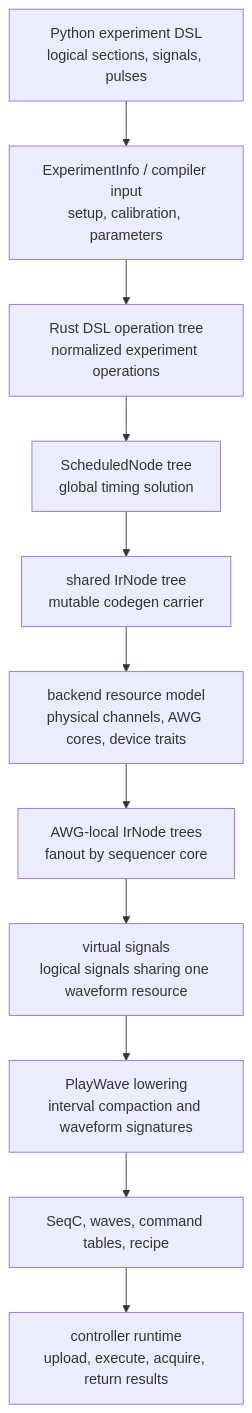
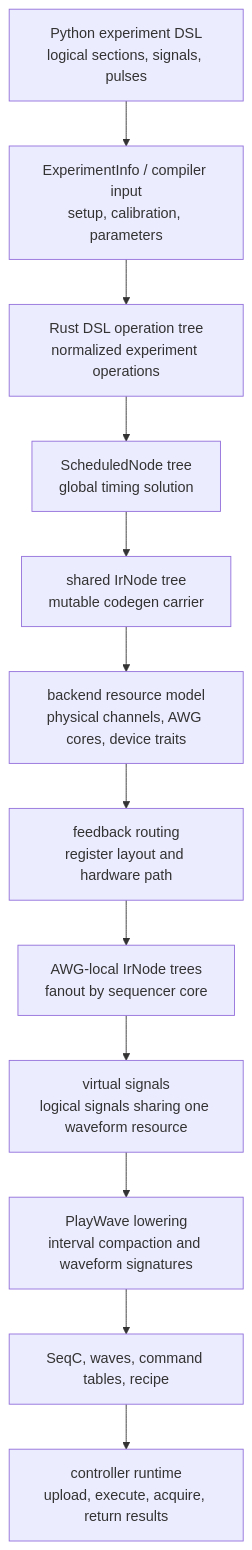
The diagram in docs/index.md (brianzi/laboneq-devguide), drawn with Mermaid before and after one commit. The commit also changed other lines of this file and 3 other files, not shown here.

````diff
--- a/docs/index.md
+++ b/docs/index.md
@@ -7,13 +7,14 @@
 ```mermaid
 graph TD
     A[Python experiment DSL\nlogical sections, signals, pulses] --> B[ExperimentInfo / compiler input\nsetup, calibration, parameters]
     B --> C[Rust DSL operation tree\nnormalized experiment operations]
     C --> D[ScheduledNode tree\nglobal timing solution]
     D --> E[shared IrNode tree\nmutable codegen carrier]
     E --> F[backend resource model\nphysical channels, AWG cores, device traits]
-    F --> G[AWG-local IrNode trees\nfanout by sequencer core]
+    F --> FB[feedback routing\nregister layout and hardware path]
+    FB --> G[AWG-local IrNode trees\nfanout by sequencer core]
     G --> H[virtual signals\nlogical signals sharing one waveform resource]
     H --> I[PlayWave lowering\ninterval compaction and waveform signatures]
     I --> J[SeqC, waves, command tables, recipe]
     J --> K[controller runtime\nupload, execute, acquire, return results]
 ```
````
